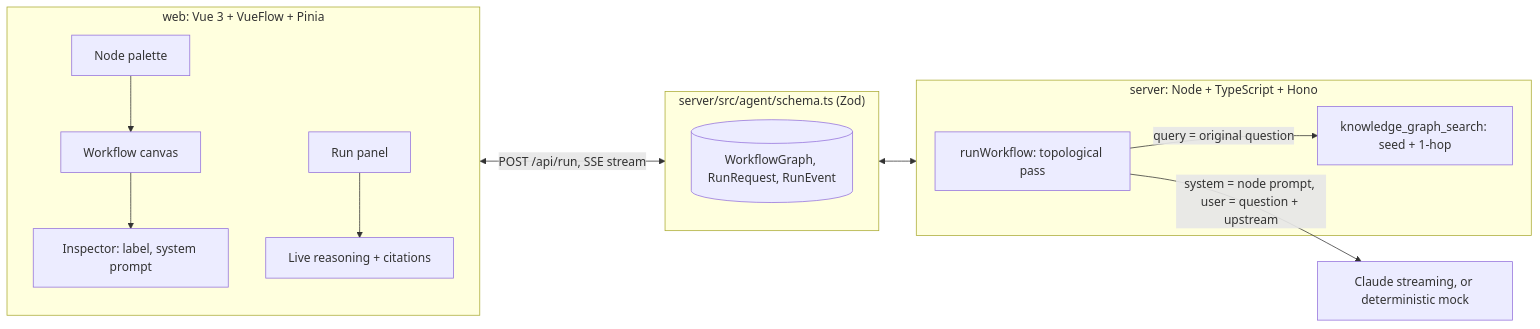
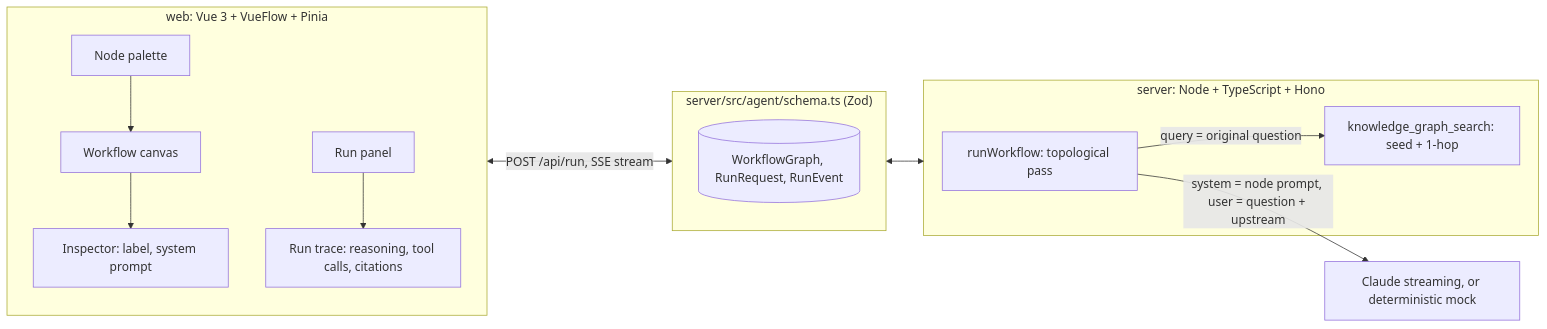
One commit to soneeee22000/agentcanvas changed the diagram in README.md. Above: the diagram before and after it, drawn with Mermaid. The commit also changed 3 other files, not shown here.

````diff
--- a/README.md
+++ b/README.md
@@ -35,22 +35,22 @@
 ```mermaid
 flowchart LR
   subgraph Web["web: Vue 3 + VueFlow + Pinia"]
     Palette["Node palette"] --> Canvas["Workflow canvas"]
     Canvas --> Inspector["Inspector: label, system prompt"]
-    RunBtn["Run panel"] --> Trace["Live reasoning + citations"]
+    RunBtn["Run panel"] --> Trace["Run trace: reasoning, tool calls, citations"]
   end
 
   subgraph Contracts["server/src/agent/schema.ts (Zod)"]
     SC[("WorkflowGraph, RunRequest, RunEvent")]
   end
 
   subgraph Server["server: Node + TypeScript + Hono"]
     Loop["runWorkflow: topological pass"]
     Tools["knowledge_graph_search: seed + 1-hop"]
   end
 
   Web <-->|"POST /api/run, SSE stream"| Contracts
   Contracts <--> Server
   Loop -->|"query = original question"| Tools
   Loop -->|"system = node prompt, user = question + upstream"| Model["Claude streaming, or deterministic mock"]
 ```
````
